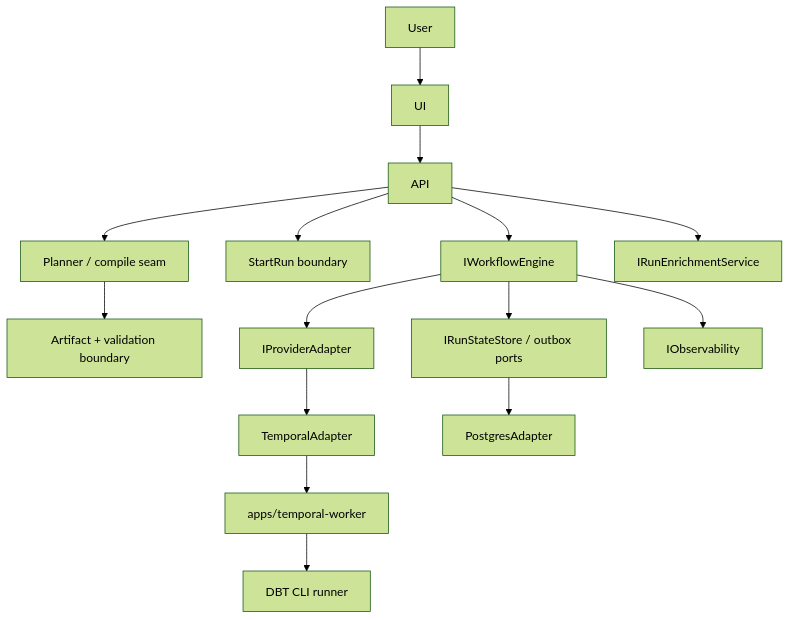
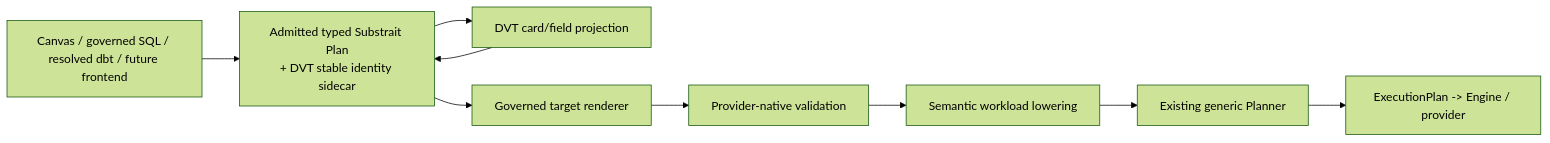
One commit to dunay2/dvt changed the second of 2 diagrams in docs/architecture/reference-architecture.md. Above: the diagram before and after it, drawn with Mermaid (forest theme). The commit also changed other lines of this file and 2 other files, not shown here.

Commit message:
docs(architecture): Reconcile current architecture with source and VTX2 pilot (#2687)

````diff
--- a/docs/architecture/reference-architecture.md
+++ b/docs/architecture/reference-architecture.md
@@ -75,17 +193,20 @@
 ```mermaid
-flowchart TB
-User --> UI
-UI --> API
-API --> Planner["Planner / compile seam"]
-API --> StartRun["StartRun boundary"]
-API --> Engine["IWorkflowEngine"]
-API --> Enrichment["IRunEnrichmentService"]
-Planner --> ArtifactBoundary["Artifact + validation boundary"]
-Engine --> ProviderPort["IProviderAdapter"]
-ProviderPort --> TemporalAdapter
-TemporalAdapter --> TemporalWorker["apps/temporal-worker"]
-TemporalWorker --> DbtRunner["DBT CLI runner"]
-Engine --> StatePort["IRunStateStore / outbox ports"]
-StatePort --> PostgresAdapter
-Engine --> ObservabilityPort["IObservability"]
+flowchart LR
+  Inputs["Canvas / governed SQL / resolved dbt / future frontend"]
+  Semantic["Admitted typed Substrait Plan\n+ DVT stable identity sidecar"]
+  Projection["DVT card/field projection"]
+  Renderer["Governed target renderer"]
+  Preflight["Provider-native validation"]
+  Workload["Semantic workload lowering"]
+  Planner["Existing generic Planner"]
+  Runtime["ExecutionPlan -> Engine / provider"]
+
+  Inputs --> Semantic
+  Semantic --> Projection
+  Projection --> Semantic
+  Semantic --> Renderer
+  Renderer --> Preflight
+  Preflight --> Workload
+  Workload --> Planner
+  Planner --> Runtime
 ```
````
